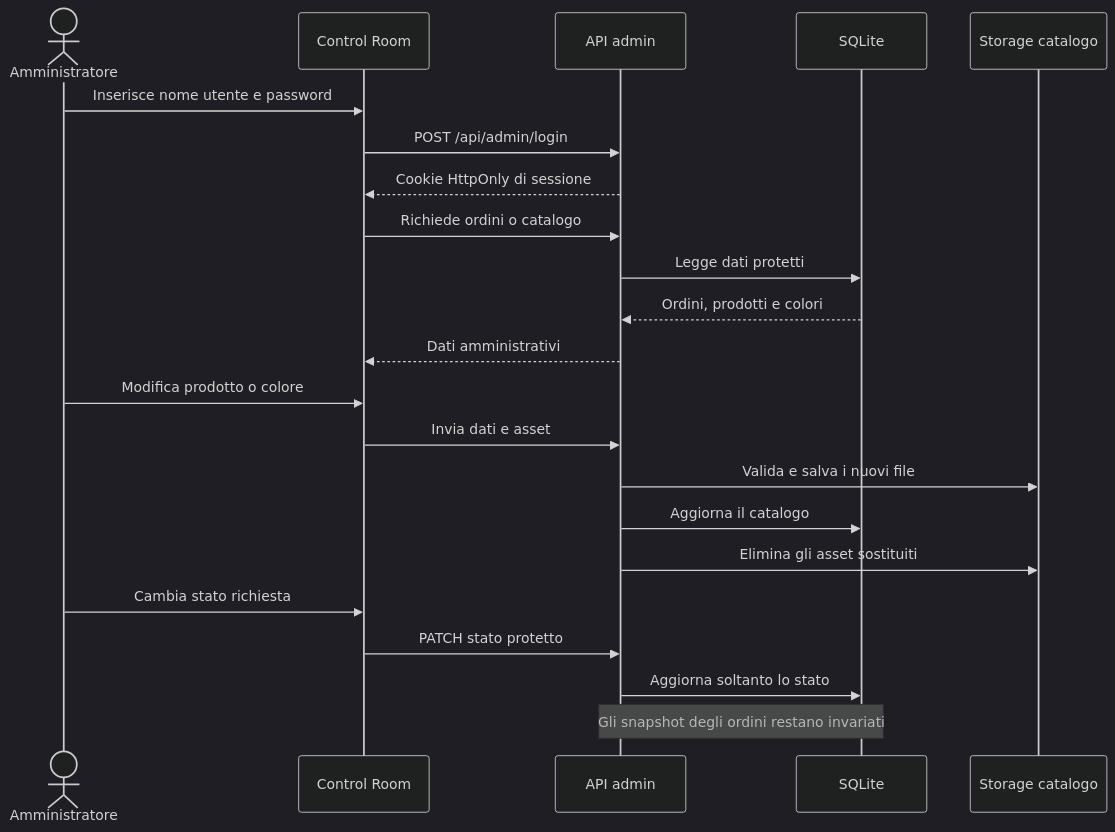
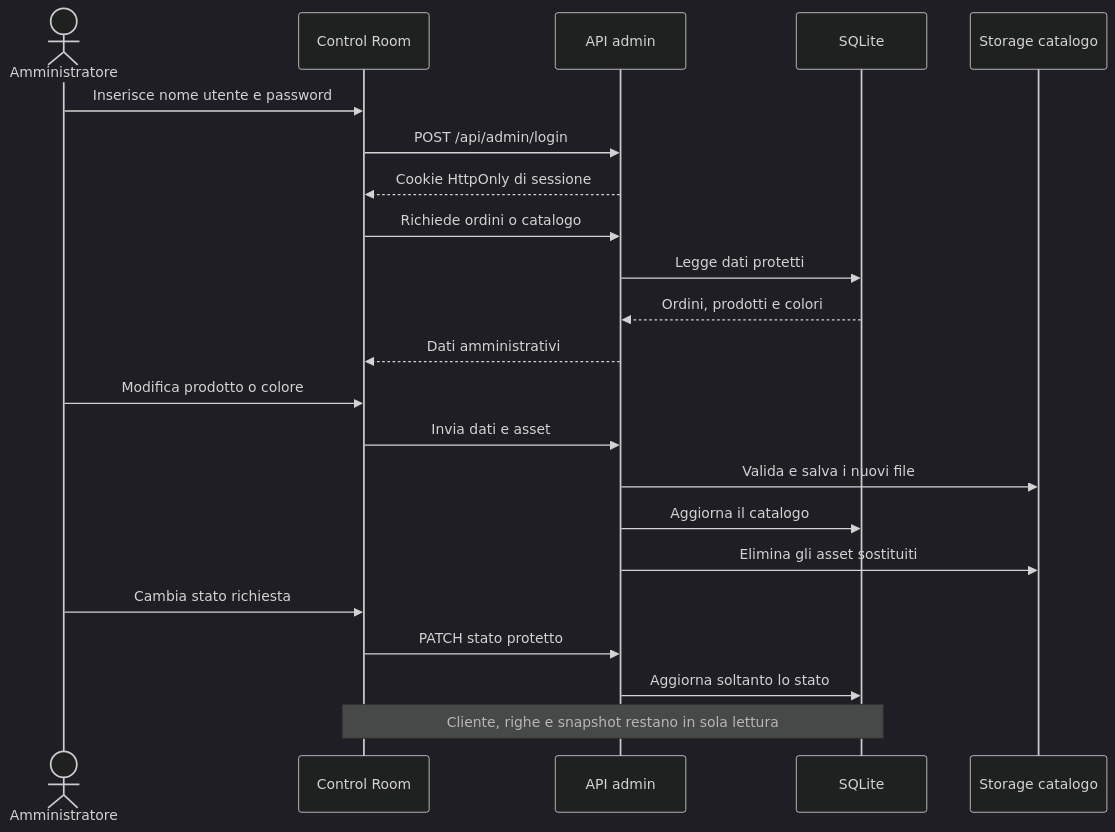
One commit to Moffoletta/pixel-print-lab changed the fourth of 4 diagrams in docs/ARCHITETTURA.md. Above: the diagram before and after it, drawn with Mermaid (dark theme). The commit also changed other lines of this file and 9 other files, not shown here.

````diff
--- a/docs/ARCHITETTURA.md
+++ b/docs/ARCHITETTURA.md
@@ -147,25 +147,25 @@
 ```mermaid
 sequenceDiagram
   actor A as Amministratore
   participant P as Control Room
   participant E as API admin
   participant D as SQLite
   participant S as Storage catalogo
 
   A->>P: Inserisce nome utente e password
   P->>E: POST /api/admin/login
   E-->>P: Cookie HttpOnly di sessione
   P->>E: Richiede ordini o catalogo
   E->>D: Legge dati protetti
   D-->>E: Ordini, prodotti e colori
   E-->>P: Dati amministrativi
   A->>P: Modifica prodotto o colore
   P->>E: Invia dati e asset
   E->>S: Valida e salva i nuovi file
   E->>D: Aggiorna il catalogo
   E->>S: Elimina gli asset sostituiti
   A->>P: Cambia stato richiesta
   P->>E: PATCH stato protetto
   E->>D: Aggiorna soltanto lo stato
-  Note over E,D: Gli snapshot degli ordini restano invariati
+  Note over P,D: Cliente, righe e snapshot restano in sola lettura
 ```
````
